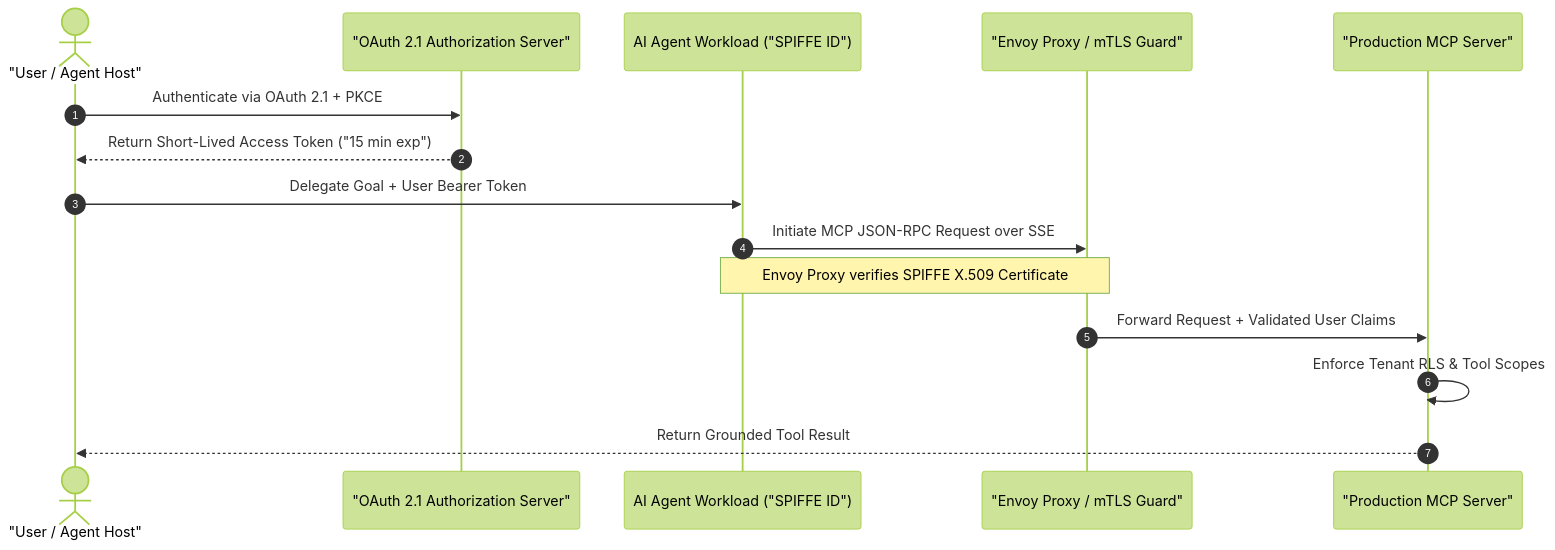
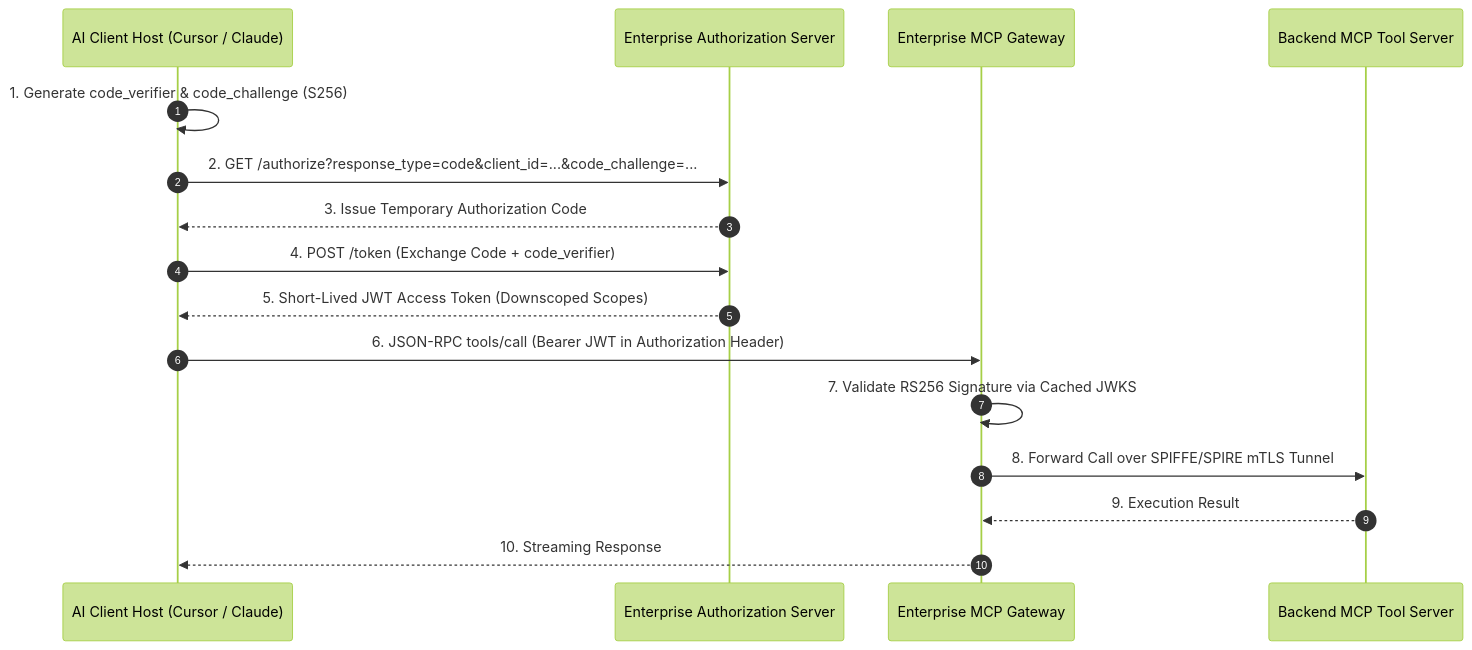
One commit to vesviet/vesviet changed the second of 5 diagrams in content/series/mcp-engineering-in-production/part-3-identity.md. Above: the diagram before and after it, drawn with Mermaid (forest theme). The commit also changed other lines of this file and 26 other files, not shown here.

Commit message:
feat(series): upgrade mcp-engineering-in-production series to 2027 SOTA standard

````diff
--- a/content/series/mcp-engineering-in-production/part-3-identity.md
+++ b/content/series/mcp-engineering-in-production/part-3-identity.md
@@ -48,20 +70,19 @@
 ```mermaid
 sequenceDiagram
     autonumber
-    actor User as "User / Agent Host"
-    participant AuthServer as "OAuth 2.1 Authorization Server"
-    participant Agent as AI Agent Workload ("SPIFFE ID")
-    participant Mesh as "Envoy Proxy / mTLS Guard"
-    participant MCPServer as "Production MCP Server"
+    participant Host as AI Client Host (Cursor / Claude)
+    participant Auth as Enterprise Authorization Server
+    participant GW as Enterprise MCP Gateway
+    participant Tool as Backend MCP Tool Server
 
-    User->>AuthServer: Authenticate via OAuth 2.1 + PKCE
-    AuthServer-->>User: Return Short-Lived Access Token ("15 min exp")
-    User->>Agent: Delegate Goal + User Bearer Token
-    
-    Agent->>Mesh: Initiate MCP JSON-RPC Request over SSE
-    note over Agent,Mesh: Envoy Proxy verifies SPIFFE X.509 Certificate
-    
-    Mesh->>MCPServer: Forward Request + Validated User Claims
-    MCPServer->>MCPServer: Enforce Tenant RLS & Tool Scopes
-    MCPServer-->>User: Return Grounded Tool Result
+    Host->>Host: 1. Generate code_verifier & code_challenge (S256)
+    Host->>Auth: 2. GET /authorize?response_type=code&client_id=...&code_challenge=...
+    Auth-->>Host: 3. Issue Temporary Authorization Code
+    Host->>Auth: 4. POST /token (Exchange Code + code_verifier)
+    Auth-->>Host: 5. Short-Lived JWT Access Token (Downscoped Scopes)
+    Host->>GW: 6. JSON-RPC tools/call (Bearer JWT in Authorization Header)
+    GW->>GW: 7. Validate RS256 Signature via Cached JWKS
+    GW->>Tool: 8. Forward Call over SPIFFE/SPIRE mTLS Tunnel
+    Tool-->>GW: 9. Execution Result
+    GW-->>Host: 10. Streaming Response
 ```
````
